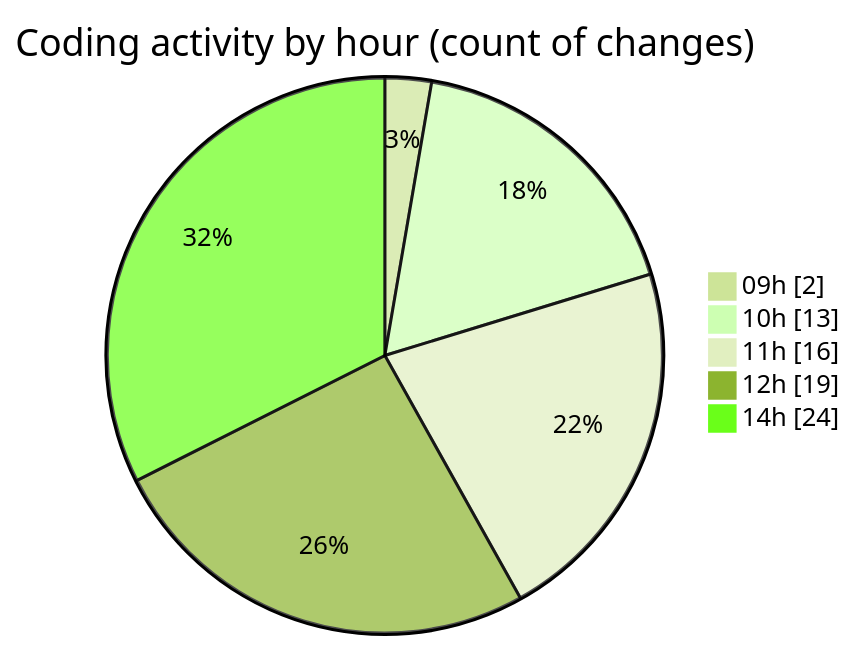
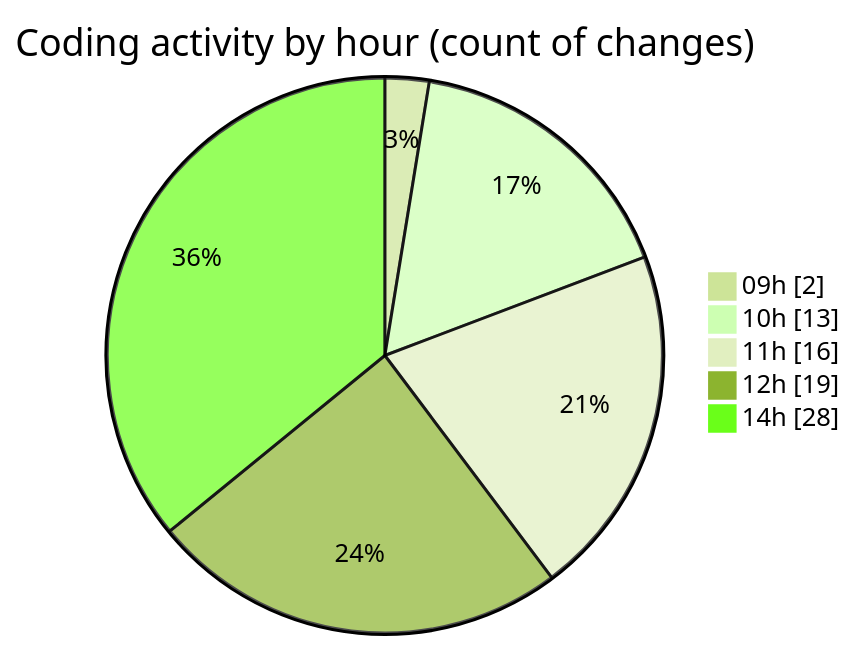
The second of 2 diagrams in 2025-07-02/cda/README.md (momahboobian/code-tracking), drawn with Mermaid (forest theme) before and after one commit. The commit also changed other lines of this file and 1 other file, not shown here.

````diff
--- a/2025-07-02/cda/README.md
+++ b/2025-07-02/cda/README.md
@@ -41,9 +41,9 @@
 ```mermaid
 pie showData
 title Coding activity by hour (count of changes)
 "09h" : 2
 "10h" : 13
 "11h" : 16
 "12h" : 19
-"14h" : 24
+"14h" : 28
 ```
````
